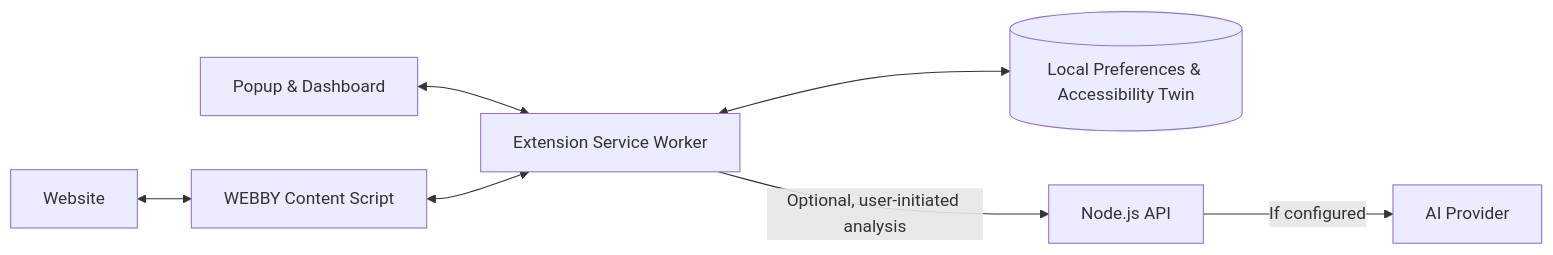
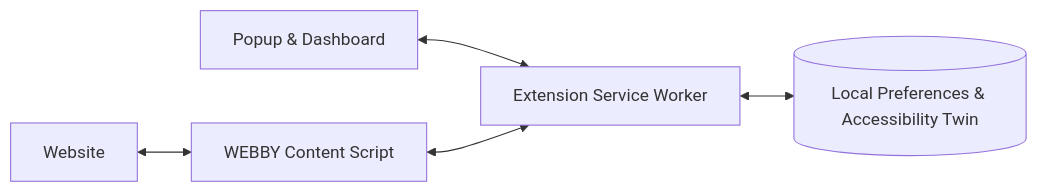
The diagram in README.md (vaib-pod/webby), drawn with Mermaid before and after one commit. The commit also changed other lines of this file and 1 other file, not shown here.

````diff
--- a/README.md
+++ b/README.md
@@ -44,9 +43,7 @@
 ```mermaid
 flowchart LR
     A[Website] <--> B[WEBBY Content Script]
     C[Popup & Dashboard] <--> D[Extension Service Worker]
     B <--> D
     D <--> E[(Local Preferences & Accessibility Twin)]
-    D -->|Optional, user-initiated analysis| F[Node.js API]
-    F -->|If configured| G[AI Provider]
 ```
````
